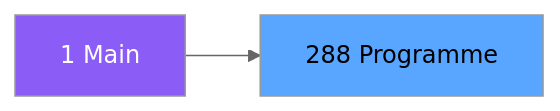
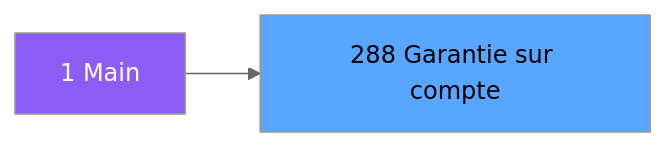
The second of 3 diagrams in .openspec/specs/ADH-IDE-288.md (thonyAGP/magic-migration), drawn with Mermaid (neutral theme) before and after one commit. The commit also changed other lines of this file and 323 other files, not shown here.

````diff
--- a/.openspec/specs/ADH-IDE-288.md
+++ b/.openspec/specs/ADH-IDE-288.md
@@ -125,8 +139,8 @@
 ```mermaid
 graph LR
     M[1 Main]
-    T[288 Programme]
+    T[288 Garantie sur compte]
     M --> T
     style M fill:#8b5cf6,color:#fff
     style T fill:#58a6ff,color:#000
 ```
````
